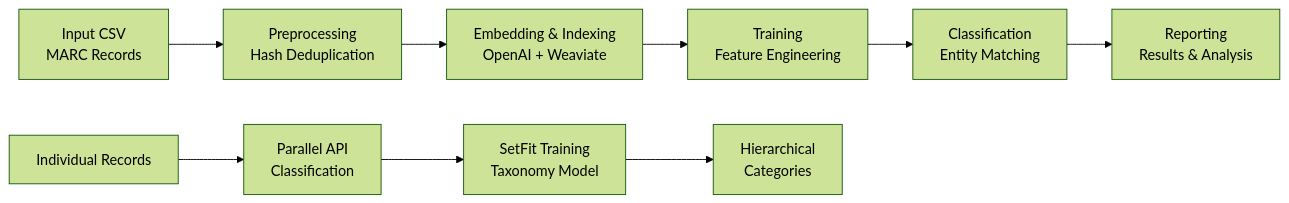
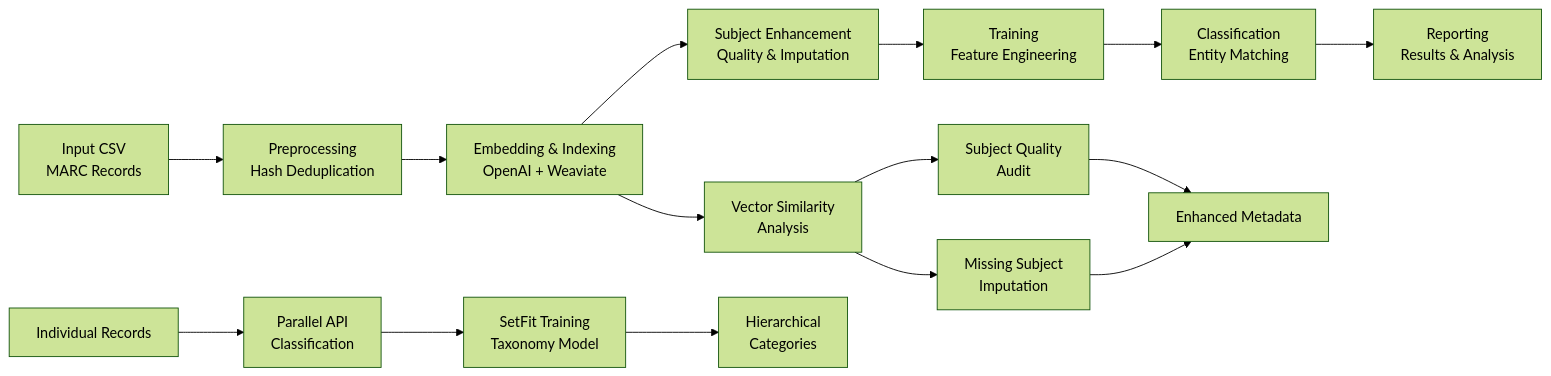
The diagram in README.md (yalelibrary-metadata-services/entity_resolver), drawn with Mermaid (forest theme) before and after one commit. The commit also changed other lines of this file and 3 other files, not shown here.

````diff
--- a/README.md
+++ b/README.md
@@ -79,12 +89,19 @@
 ```mermaid
 graph LR
     A[Input CSV<br/>MARC Records] --> B[Preprocessing<br/>Hash Deduplication]
     B --> C[Embedding & Indexing<br/>OpenAI + Weaviate]
-    C --> D[Training<br/>Feature Engineering]
+    C --> S[Subject Enhancement<br/>Quality & Imputation]
+    S --> D[Training<br/>Feature Engineering]
     D --> E[Classification<br/>Entity Matching]
     E --> F[Reporting<br/>Results & Analysis]
     
     G[Individual Records] --> H[Parallel API<br/>Classification]
     H --> I[SetFit Training<br/>Taxonomy Model]
     I --> J[Hierarchical<br/>Categories]
+    
+    C --> K[Vector Similarity<br/>Analysis]
+    K --> L[Subject Quality<br/>Audit]
+    K --> M[Missing Subject<br/>Imputation]
+    L --> N[Enhanced Metadata]
+    M --> N
 ```
````
